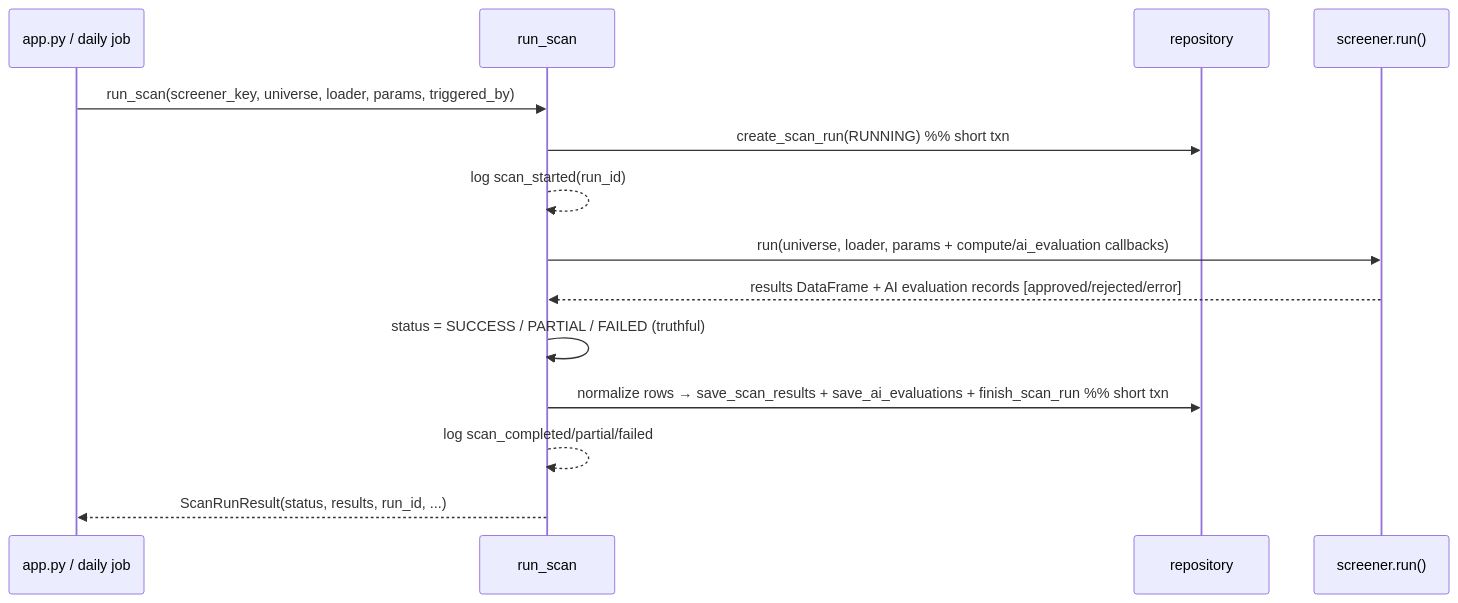
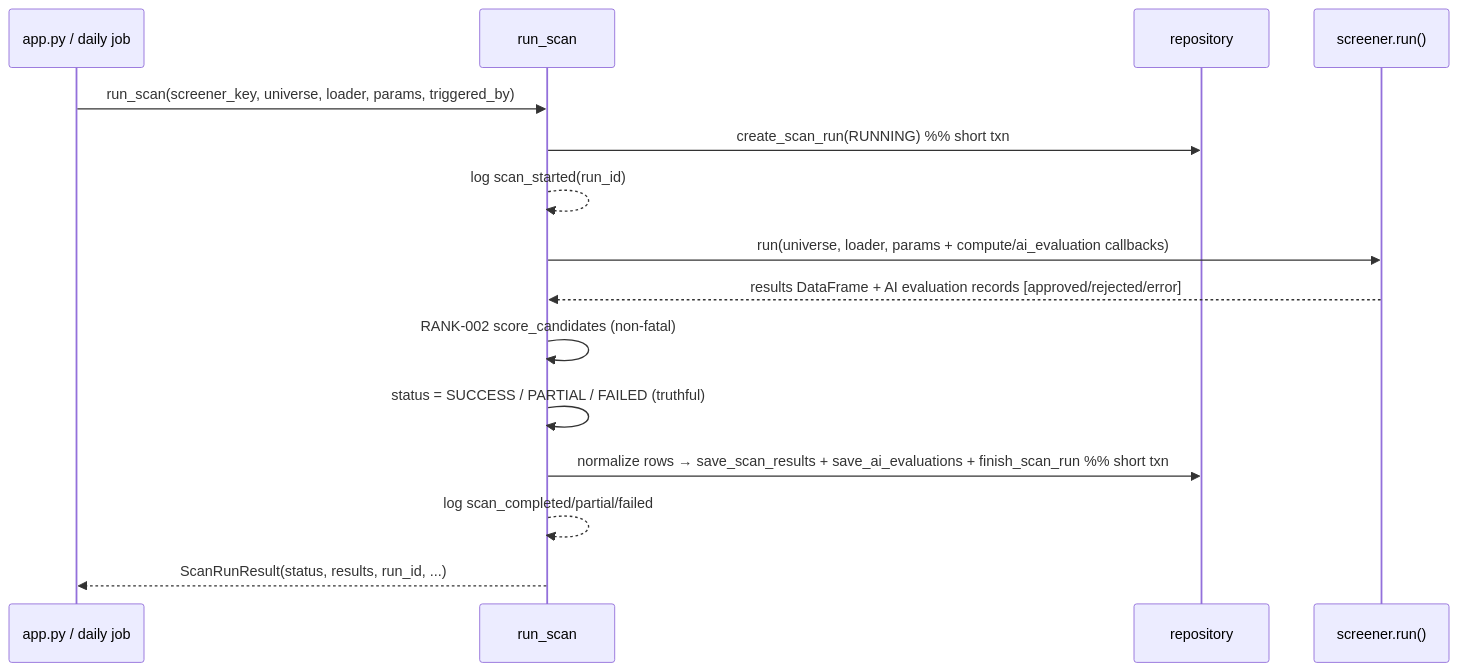
The diagram in docs/architecture/components/scan-service-and-provenance.md (DoRmAmMu1997/Streamlit-Scanner-App), drawn with Mermaid before and after one commit. The commit also changed other lines of this file and 28 other files, not shown here.

````diff
--- a/docs/architecture/components/scan-service-and-provenance.md
+++ b/docs/architecture/components/scan-service-and-provenance.md
@@ -30,16 +30,17 @@
 ```mermaid
 sequenceDiagram
     participant Caller as app.py / daily job
     participant Svc as run_scan
     participant Repo as repository
     participant Screener as screener.run()
     Caller->>Svc: run_scan(screener_key, universe, loader, params, triggered_by)
     Svc->>Repo: create_scan_run(RUNNING)  %% short txn
     Svc-->>Svc: log scan_started(run_id)
     Svc->>Screener: run(universe, loader, params + compute/ai_evaluation callbacks)
     Screener-->>Svc: results DataFrame + AI evaluation records [approved/rejected/error]
+    Svc->>Svc: RANK-002 score_candidates (non-fatal)
     Svc->>Svc: status = SUCCESS / PARTIAL / FAILED (truthful)
     Svc->>Repo: normalize rows → save_scan_results + save_ai_evaluations + finish_scan_run  %% short txn
     Svc-->>Svc: log scan_completed/partial/failed
     Svc-->>Caller: ScanRunResult(status, results, run_id, ...)
 ```
````
